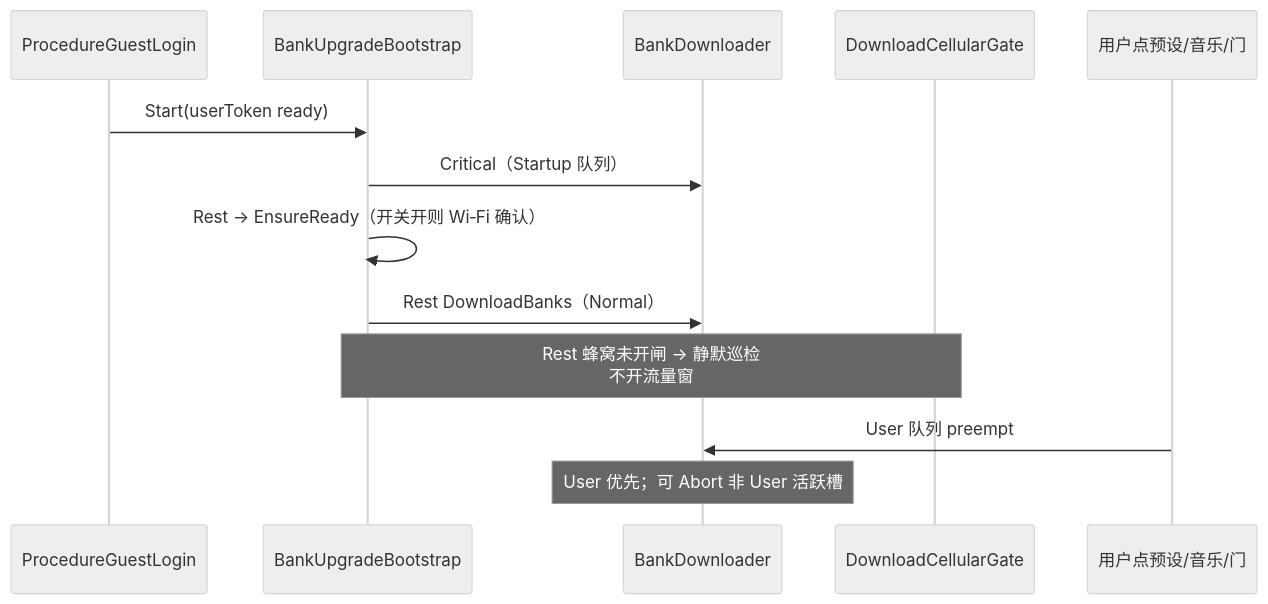
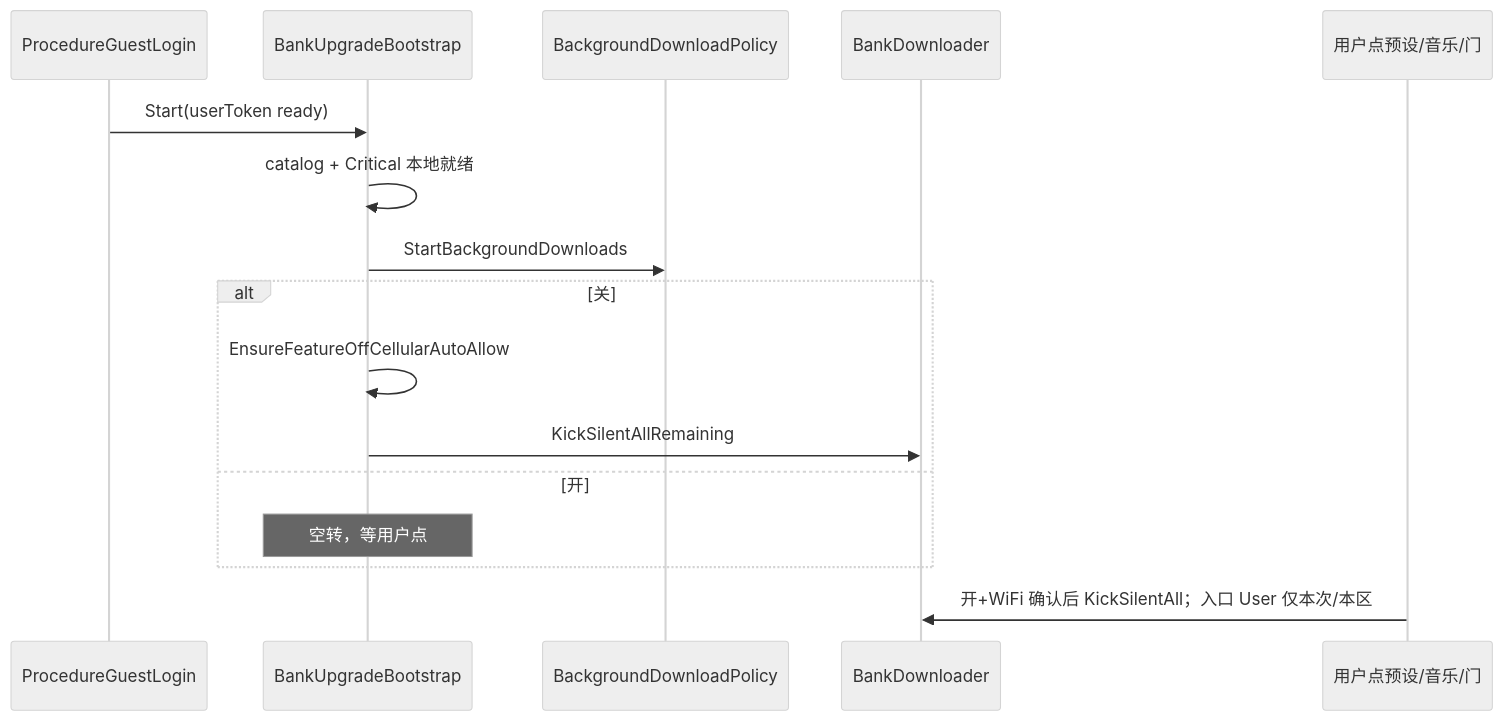
Diagram 12 of 12 in Assets/GameMain/Docs/13-bank-download.md (sika0819/CustomSRP), drawn with Mermaid (neutral theme) before and after one commit. The commit also changed other lines of this file and 163 other files, not shown here.

First line of the commit message:
feat(island): polish oil clouds, terrain grass, and bank download flow

````diff
--- a/Assets/GameMain/Docs/13-bank-download.md
+++ b/Assets/GameMain/Docs/13-bank-download.md
@@ -361,16 +399,19 @@
 ```mermaid
 sequenceDiagram
   participant Login as ProcedureGuestLogin
   participant Boot as BankUpgradeBootstrap
+  participant Policy as BackgroundDownloadPolicy
   participant DL as BankDownloader
-  participant Cell as DownloadCellularGate
   participant User as 用户点预设/音乐/门
 
   Login->>Boot: Start(userToken ready)
-  Boot->>DL: Critical（Startup 队列）
-  Boot->>Boot: Rest → EnsureReady（开关开则 Wi‑Fi 确认）
-  Boot->>DL: Rest DownloadBanks（Normal）
-  Note over Boot,Cell: Rest 蜂窝未开闸 → 静默巡检<br/>不开流量窗
-  User->>DL: User 队列 preempt
-  Note over DL: User 优先；可 Abort 非 User 活跃槽
+  Boot->>Boot: catalog + Critical 本地就绪
+  Boot->>Policy: StartBackgroundDownloads
+  alt 关
+    Boot->>Boot: EnsureFeatureOffCellularAutoAllow
+    Boot->>DL: KickSilentAllRemaining
+  else 开
+    Note over Boot: 空转，等用户点
+  end
+  User->>DL: 开+WiFi 确认后 KickSilentAll；入口 User 仅本次/本区
 ```
````
